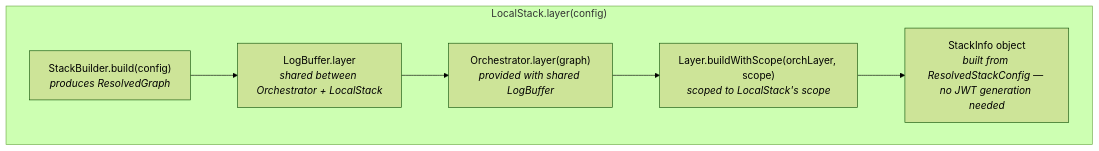
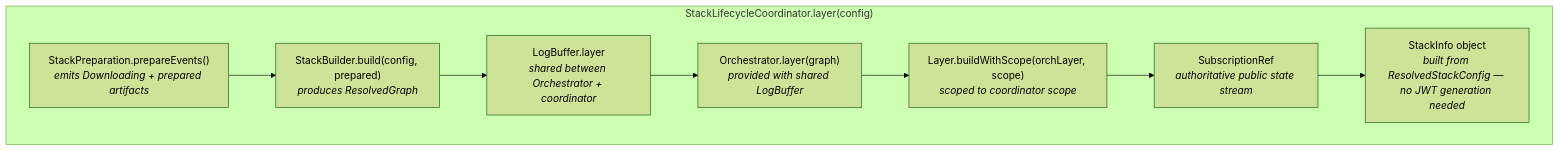
Before and after one commit to supabase/cli: the seventh of 9 diagrams in packages/stack/docs/architecture.md, drawn with Mermaid (forest theme). The commit also changed other lines of this file and 139 other files, not shown here.

````diff
--- a/packages/stack/docs/architecture.md
+++ b/packages/stack/docs/architecture.md
@@ -805,15 +804,19 @@
 ```mermaid
 graph TB
-    subgraph "LocalStack.layer(config)"
-        SB["StackBuilder.build(config)<br/><i>produces ResolvedGraph</i>"]
-        LB["LogBuffer.layer<br/><i>shared between Orchestrator + LocalStack</i>"]
+    subgraph "StackLifecycleCoordinator.layer(config)"
+        PREP["StackPreparation.prepareEvents()<br/><i>emits Downloading + prepared artifacts</i>"]
+        SB["StackBuilder.build(config, prepared)<br/><i>produces ResolvedGraph</i>"]
+        LB["LogBuffer.layer<br/><i>shared between Orchestrator + coordinator</i>"]
         OL["Orchestrator.layer(graph)<br/><i>provided with shared LogBuffer</i>"]
-        EP["Layer.buildWithScope(orchLayer, scope)<br/><i>scoped to LocalStack's scope</i>"]
+        EP["Layer.buildWithScope(orchLayer, scope)<br/><i>scoped to coordinator scope</i>"]
         INFO["StackInfo object<br/><i>built from ResolvedStackConfig — no JWT generation needed</i>"]
+        STATE["SubscriptionRef<StackServiceState[]><br/><i>authoritative public state stream</i>"]
     end
 
+    PREP --> SB
     SB --> LB
     LB --> OL
     OL --> EP
-    EP --> INFO
+    EP --> STATE
+    STATE --> INFO
 ```
````
